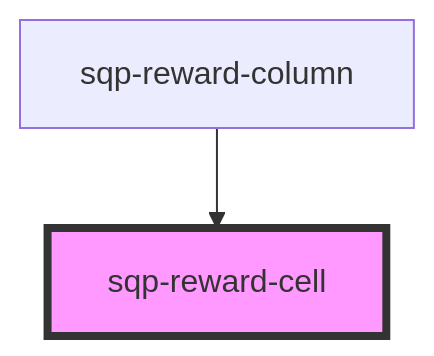
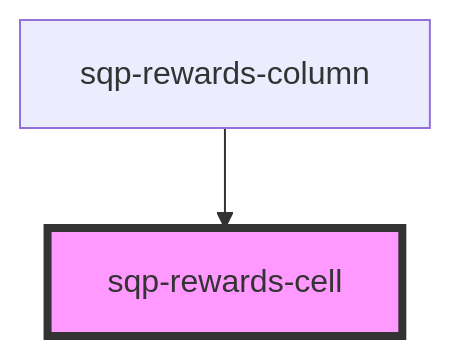
The diagram in packages/paypal-components/src/components/sqp-rewards-cell/readme.md (saasquatch/program-tools), drawn with Mermaid before and after one commit. The commit also changed other lines of this file and 7 other files, not shown here.

````diff
--- a/packages/paypal-components/src/components/sqp-rewards-cell/readme.md
+++ b/packages/paypal-components/src/components/sqp-rewards-cell/readme.md
@@ -22,5 +30,5 @@
 ```mermaid
 graph TD;
-  sqp-reward-column --> sqp-reward-cell
-  style sqp-reward-cell fill:#f9f,stroke:#333,stroke-width:4px
+  sqp-rewards-column --> sqp-rewards-cell
+  style sqp-rewards-cell fill:#f9f,stroke:#333,stroke-width:4px
 ```
````
